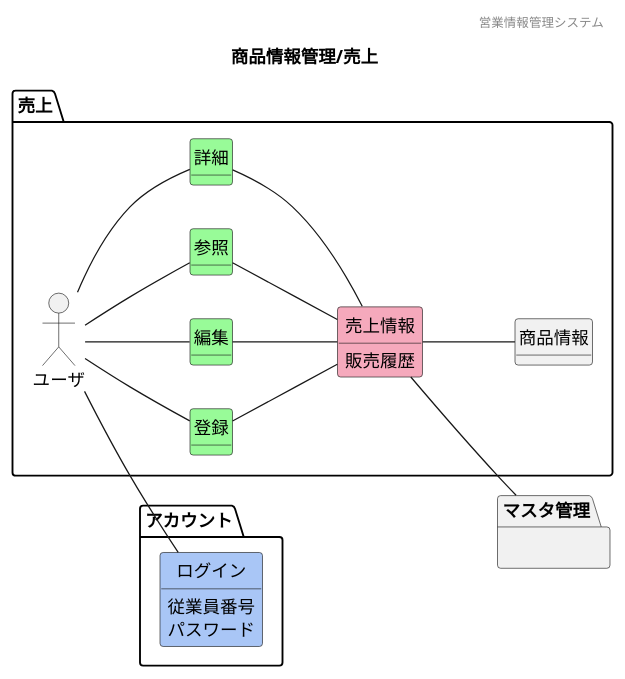
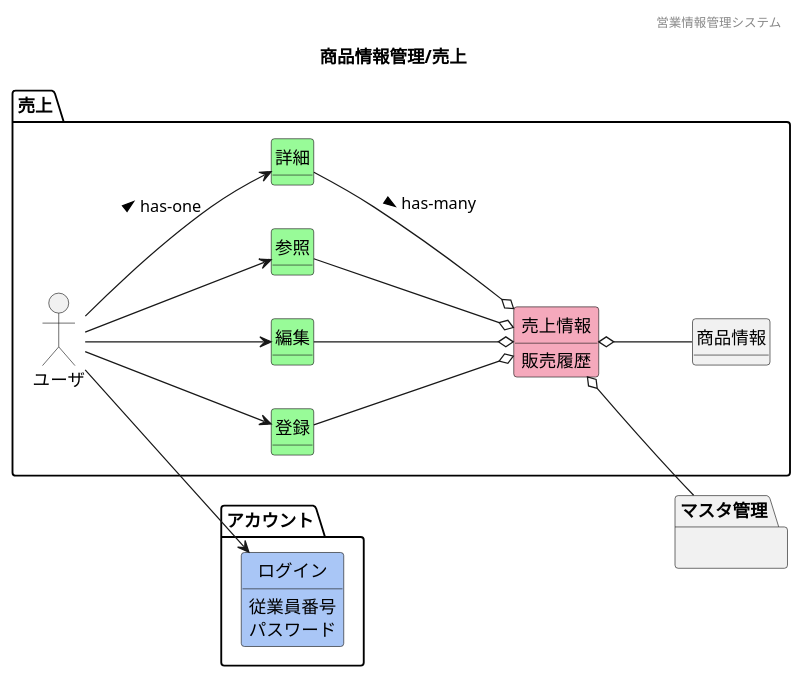
One commit to HaruShim/Sotuken changed the diagram in 各種設計書/1ドメインモデル図/商品情報管理/F11売上.plantuml. Above: the diagram before and after it, drawn with PlantUML. The commit also changed 13 other files, not shown here.

```diff
--- a/各種設計書/1ドメインモデル図/商品情報管理/F11売上.plantuml
+++ b/各種設計書/1ドメインモデル図/商品情報管理/F11売上.plantuml
@@ -1,59 +1,59 @@
 @startuml images/商品情報管理/売上
 ' ヘッダー
 header 営業情報管理システム
 ' タイトル
 title 商品情報管理/売上
 ' 
 hide circle
 ' 
 hide method
 left to right direction
 
 package "アカウント"{
     class "ログイン" #A9C6F6
 }
 
 package "売上" {
     'ユーザや外部システム
     mix_actor "ユーザ"
     class "登録" #98fb98
     class "編集" #98fb98
     class "参照" #98fb98
     class "詳細" #98fb98
     class "売上情報" #F5A9BC
     class "商品情報"
 }
     package "マスタ管理"{
     }
     ' class "" #F5A9BC
     ' class "" #ffd700
 
     'モデル同士の関係
-    ユーザ -- 参照
-    ユーザ -- 登録
-    ユーザ -- 編集
-    ユーザ -- 詳細
-    ユーザ -- ログイン
-    参照 -- 売上情報
-    登録 -- 売上情報
-    編集 -- 売上情報
-    詳細 -- 売上情報
-    売上情報 -- 商品情報
-    売上情報 -- マスタ管理
+    ユーザ --> 参照
+    ユーザ --> 登録
+    ユーザ --> 編集
+    ユーザ --> 詳細 : > has-one
+    ユーザ --> ログイン
+    参照 --o 売上情報
+    登録 --o 売上情報
+    編集 --o 売上情報
+    詳細 --o 売上情報 : > has-many
+    売上情報 o-- 商品情報
+    売上情報 o-- マスタ管理
 
     'ドメインクラスの属性
     ' 商品情報 : 型番
     ' 商品情報 : 商品コード
     ' 商品情報 : JANコード
     ' 商品情報 : 商品画像
     ' 商品情報 : 在庫場所
     ' 商品情報 : カテゴリ
     ' 商品情報 : 仕入価格
     売上情報 : 販売履歴
     ログイン : 従業員番号
     ログイン : パスワード
 
 
 
 
 @enduml
```
